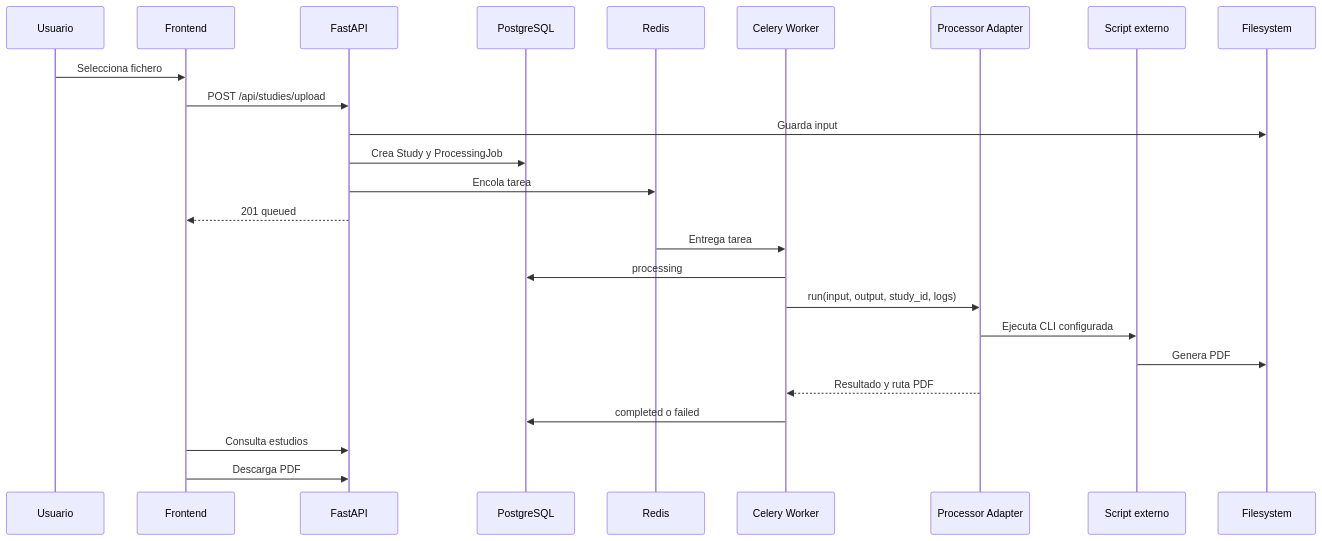
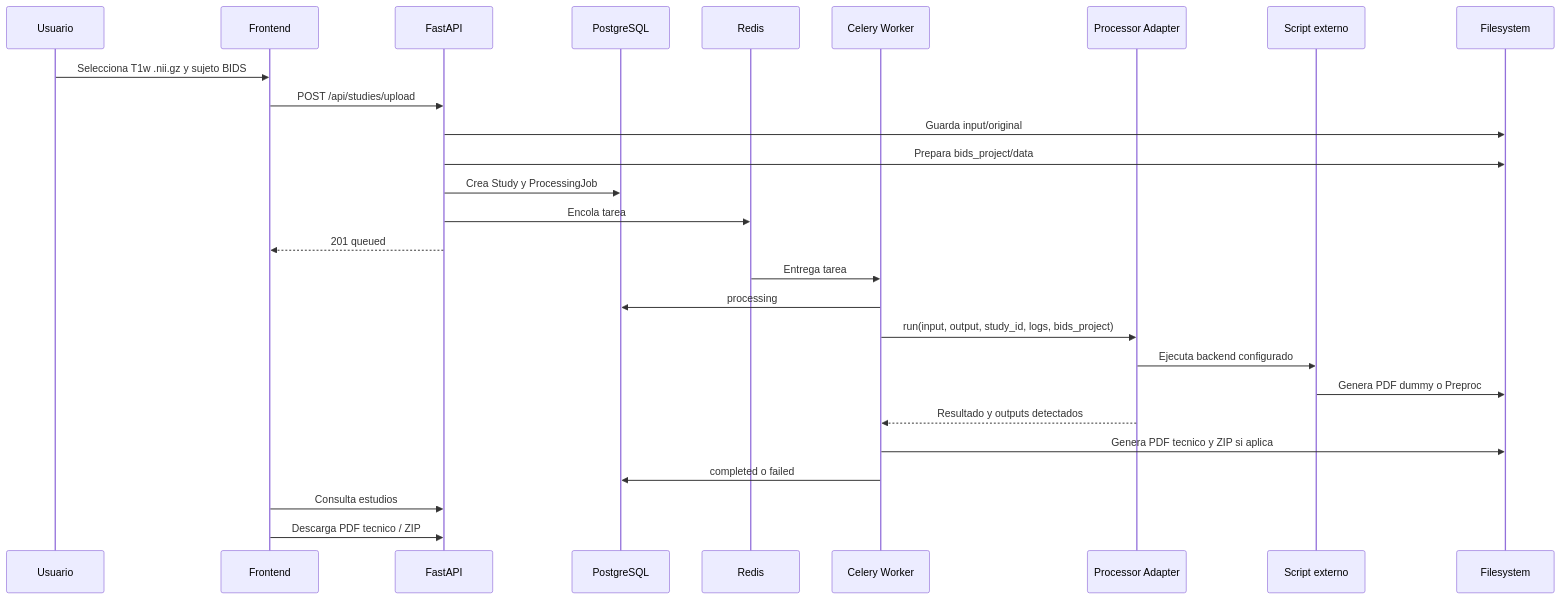
One commit to suhartx/neuroimagen-server-biocruces changed the first of 2 diagrams in docs/processing-pipeline.md. Above: the diagram before and after it, drawn with Mermaid. The commit also changed other lines of this file and 38 other files, not shown here.

````diff
--- a/docs/processing-pipeline.md
+++ b/docs/processing-pipeline.md
@@ -5,27 +5,29 @@
 ```mermaid
 sequenceDiagram
   participant U as Usuario
   participant F as Frontend
   participant A as FastAPI
   participant D as PostgreSQL
   participant R as Redis
   participant W as Celery Worker
   participant P as Processor Adapter
   participant S as Script externo
   participant FS as Filesystem
-  U->>F: Selecciona fichero
+  U->>F: Selecciona T1w .nii.gz y sujeto BIDS
   F->>A: POST /api/studies/upload
-  A->>FS: Guarda input
+  A->>FS: Guarda input/original
+  A->>FS: Prepara bids_project/data
   A->>D: Crea Study y ProcessingJob
   A->>R: Encola tarea
   A-->>F: 201 queued
   R->>W: Entrega tarea
   W->>D: processing
-  W->>P: run(input, output, study_id, logs)
-  P->>S: Ejecuta CLI configurada
-  S->>FS: Genera PDF
-  P-->>W: Resultado y ruta PDF
+  W->>P: run(input, output, study_id, logs, bids_project)
+  P->>S: Ejecuta backend configurado
+  S->>FS: Genera PDF dummy o Preproc
+  P-->>W: Resultado y outputs detectados
+  W->>FS: Genera PDF tecnico y ZIP si aplica
   W->>D: completed o failed
   F->>A: Consulta estudios
-  F->>A: Descarga PDF
+  F->>A: Descarga PDF tecnico / ZIP
 ```
````
